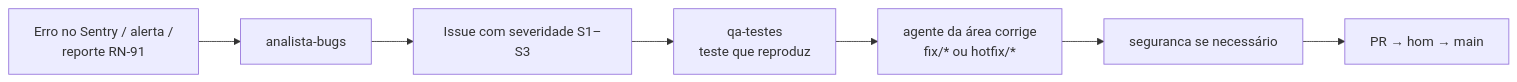
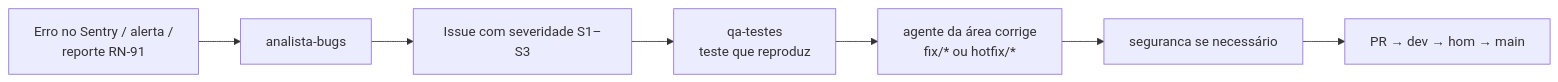
Before and after one commit to abeeyh/shop: the second of 2 diagrams in docs/12-agentes.md, drawn with Mermaid. The commit also changed other lines of this file and 16 other files, not shown here.

First line of the commit message:
docs: adotar fluxo dev → hom → main com tarefa por issue (#32)

````diff
--- a/docs/12-agentes.md
+++ b/docs/12-agentes.md
@@ -41,9 +43,9 @@
 ```mermaid
 flowchart LR
   E[Erro no Sentry / alerta /<br/>reporte RN-91] --> A[analista-bugs]
   A --> IS[Issue com severidade S1–S3]
   IS --> Q[qa-testes<br/>teste que reproduz]
   Q --> F[agente da área corrige<br/>fix/* ou hotfix/*]
   F --> S[seguranca se necessário]
-  S --> PR[PR → hom → main]
+  S --> PR[PR → dev → hom → main]
 ```
````
